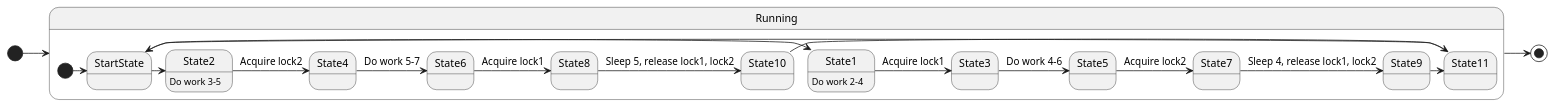
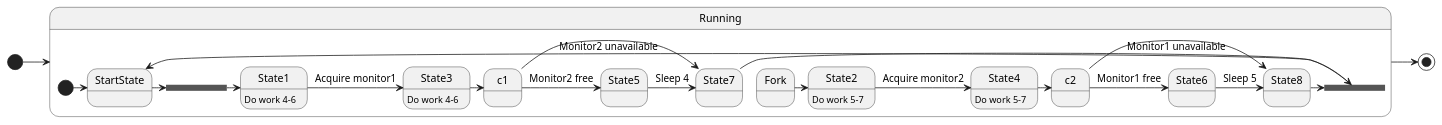
Before and after one commit to TudorMorosanu/MorosanuTudor_30332_RTSLAB: the diagram in Lab6/src/App1/Diagrams/State.puml, drawn with PlantUML. The commit also changed 55 other files, not shown here.

```diff
--- a/Lab6/src/App1/Diagrams/State.puml
+++ b/Lab6/src/App1/Diagrams/State.puml
@@ -1,27 +1,37 @@
 @startuml
 
 [*] -> Running
 state Running{
 
+    state Fork1 <<fork>>
     [*] -> StartState
-    StartState -> State1
-    State1 : Do work 2-4
-    StartState -> State2
-    State2: Do work 3-5
-    State1 -> State3 : Acquire lock1
-    State2 -> State4 : Acquire lock2
-    State3 -> State5 : Do work 4-6
-    State4 -> State6 : Do work 5-7
-    State5 -> State7 : Acquire lock2
-    State6 -> State8 : Acquire lock1
-    State7 -> State9 : Sleep 4, release lock1, lock2
-    State8 -> State10 : Sleep 5, release lock1, lock2
-    State9 -> State11
-    State10 -> State11
-    State11 -> StartState
+    StartState -> Fork1
+    Fork1 -> State1
+    State1 : Do work 4-6
+    Fork -> State2
+    State2 : Do work 5-7
+    State1 -> State3 : Acquire monitor1
+    State2 -> State4 : Acquire monitor2
+    State3 : Do work 4-6
+    State4 : Do work 5-7
 
+    state c1 <<condition>>
+    state c2 <<condition>>
+    State3 -> c1
+    State4 -> c2
+    c1 -> State5 : Monitor2 free
+    State5 -> State7 : Sleep 4
+    c1 -> State7 : Monitor2 unavailable
+
+    c2 -> State6 : Monitor1 free
+    State6 -> State8 : Sleep 5
+    c2 -> State8 : Monitor1 unavailable
+    state Fork2 <<fork>>
+    State7 -> Fork2
+    State8 -> Fork2
+    Fork2 -> StartState
 }
 
 Running -> [*]
 
 @enduml
```
